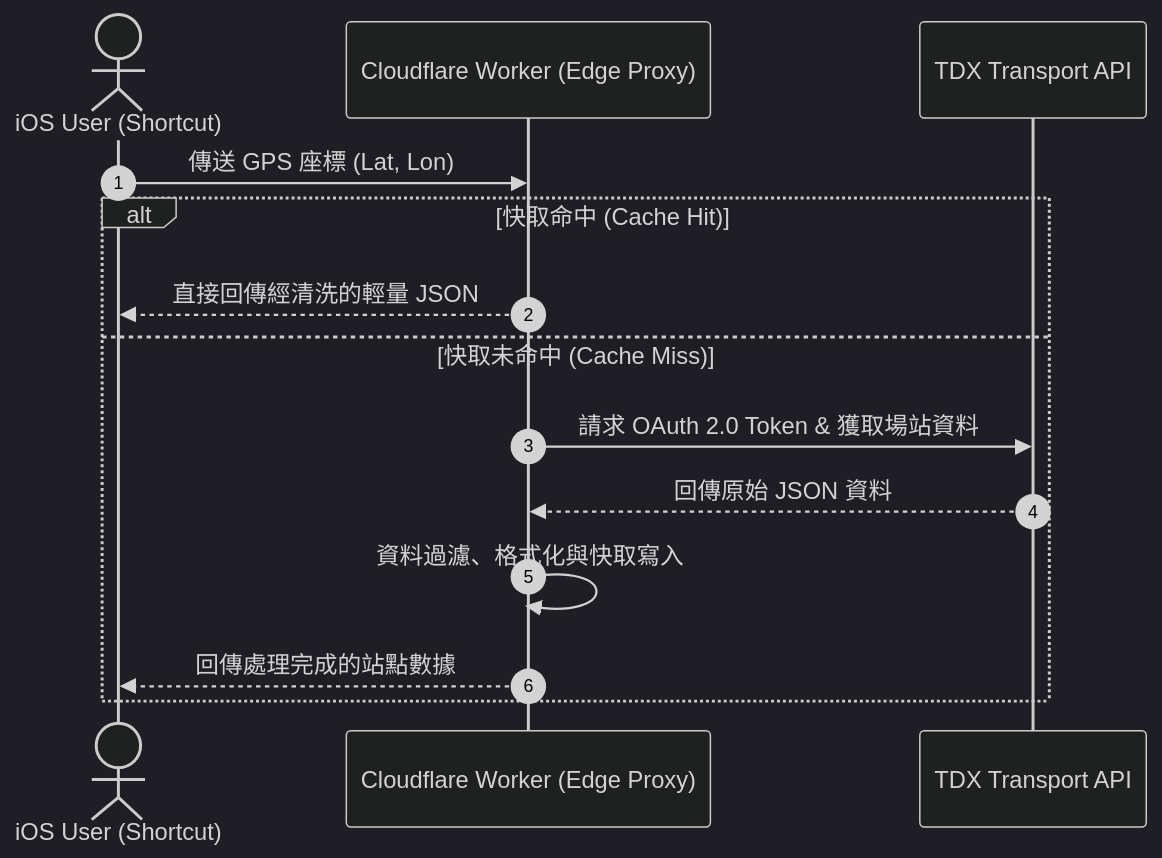
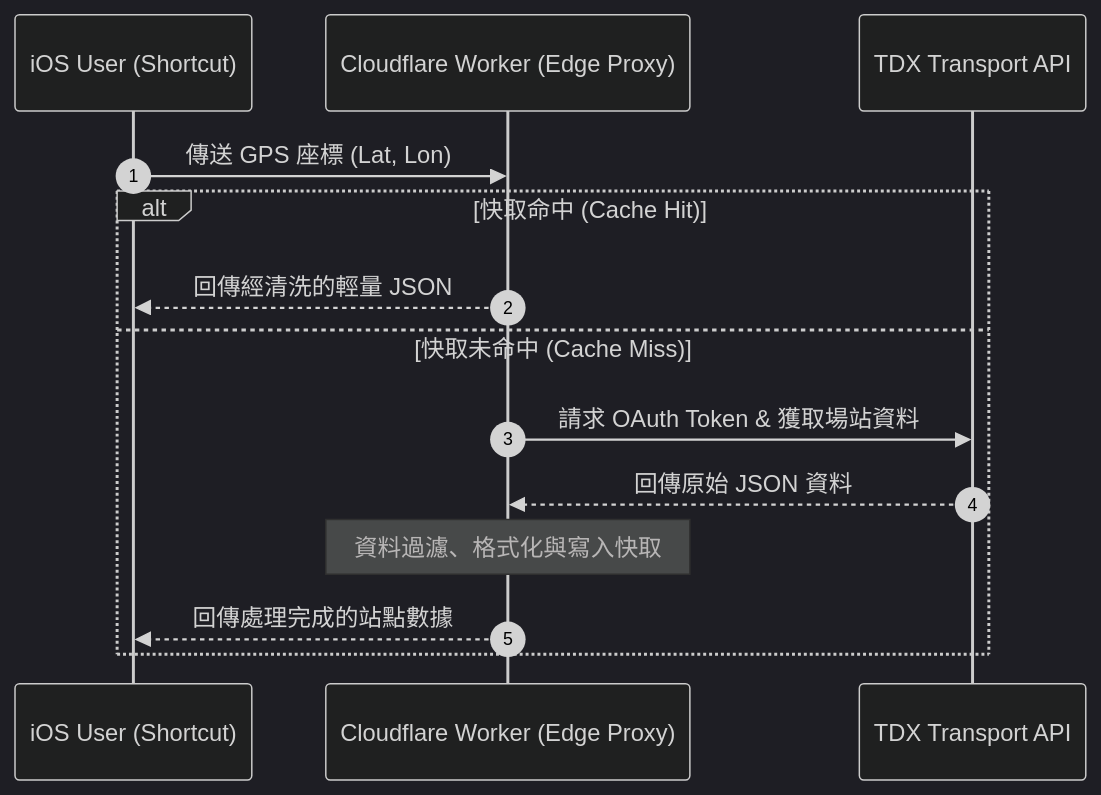
One commit to 091cc/youbike_shortcut changed the first of 2 diagrams in README.md. Above: the diagram before and after it, drawn with Mermaid (dark theme). The commit also changed other lines of this file, not shown here.

````diff
--- a/README.md
+++ b/README.md
@@ -65,17 +65,17 @@
 ```mermaid
 sequenceDiagram
     autonumber
-    actor User as iOS User (Shortcut)
+    participant User as iOS User (Shortcut)
     participant Worker as Cloudflare Worker (Edge Proxy)
     participant TDX as TDX Transport API
     
     User->>Worker: 傳送 GPS 座標 (Lat, Lon)
     alt 快取命中 (Cache Hit)
-        Worker-->>User: 直接回傳經清洗的輕量 JSON
+        Worker-->>User: 回傳經清洗的輕量 JSON
     else 快取未命中 (Cache Miss)
-        Worker->>TDX: 請求 OAuth 2.0 Token & 獲取場站資料
+        Worker->>TDX: 請求 OAuth Token & 獲取場站資料
         TDX-->>Worker: 回傳原始 JSON 資料
-        Worker->>Worker: 資料過濾、格式化與快取寫入
+        Note over Worker: 資料過濾、格式化與寫入快取
         Worker-->>User: 回傳處理完成的站點數據
     end
 ```
````
